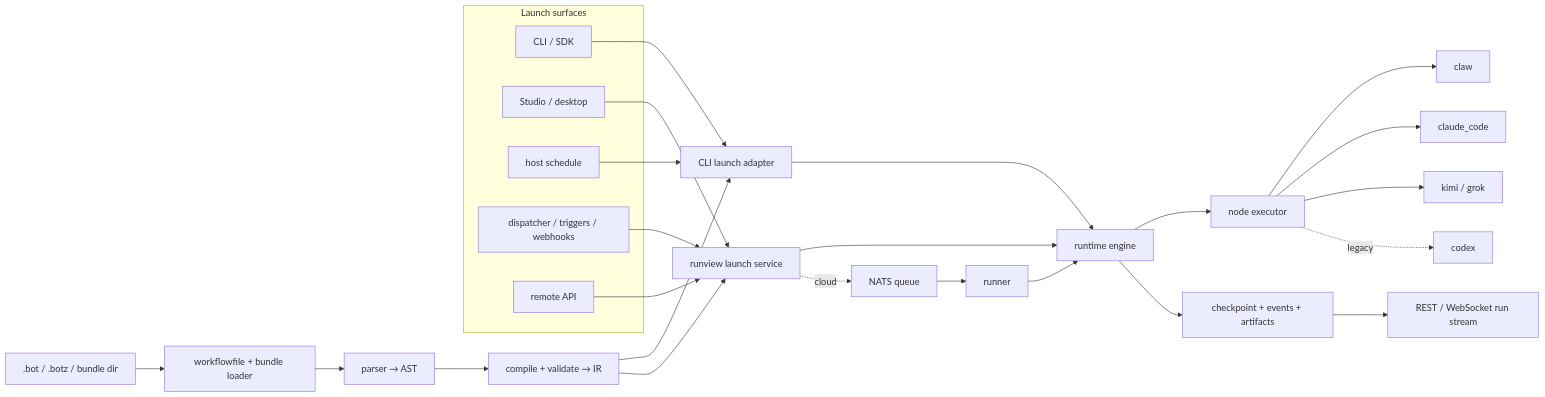
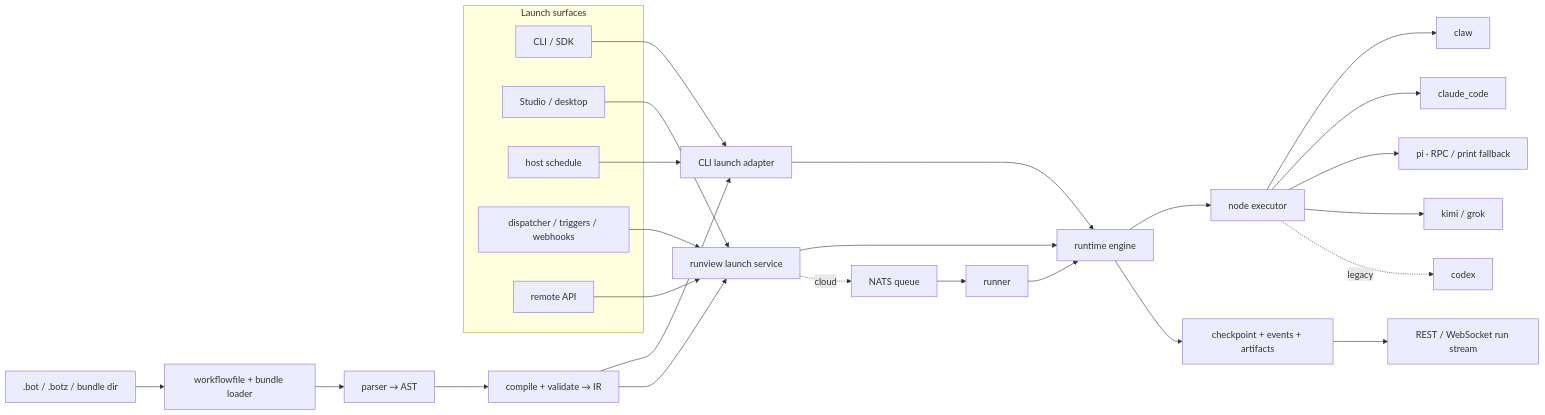
Before and after one commit to SocialGouv/iterion: the diagram in docs/current-state.md, drawn with Mermaid.

Commit message:
docs(current-state): include pi in the execution topology
The default backend registry resolves pi to its dedicated PiBackend, which selects RPC by default and retains the one-shot print fallback. Add that first-class executor to the as-built flow diagram instead of listing it only in prose and the support table.

Bot: docs-refresh

````diff
--- a/docs/current-state.md
+++ b/docs/current-state.md
@@ -33,31 +33,32 @@
 ```mermaid
 flowchart LR
   subgraph Launch["Launch surfaces"]
     CLI["CLI / SDK"]
     UI["Studio / desktop"]
     CRON["host schedule"]
     AUTO["dispatcher / triggers / webhooks"]
     REMOTE["remote API"]
   end
 
   SRC[".bot / .botz / bundle dir"] --> LOAD["workflowfile + bundle loader"]
   LOAD --> PARSE["parser → AST"]
   PARSE --> IR["compile + validate → IR"]
   CLI --> DIRECT["CLI launch adapter"]
   CRON --> DIRECT
   UI --> SERVICE["runview launch service"]
   AUTO --> SERVICE
   REMOTE --> SERVICE
   IR --> DIRECT
   IR --> SERVICE
   DIRECT --> ENGINE["runtime engine"]
   SERVICE --> ENGINE
   SERVICE -. cloud .-> QUEUE["NATS queue"] --> RUNNER["runner"] --> ENGINE
   ENGINE --> EXEC["node executor"]
   EXEC --> CLAW["claw"]
   EXEC --> CC["claude_code"]
+  EXEC --> PI["pi · RPC / print fallback"]
   EXEC --> CLIAGENT["kimi / grok"]
   EXEC -. legacy .-> CODEX["codex"]
   ENGINE --> STATE["checkpoint + events + artifacts"]
   STATE --> STREAM["REST / WebSocket run stream"]
 ```
````
